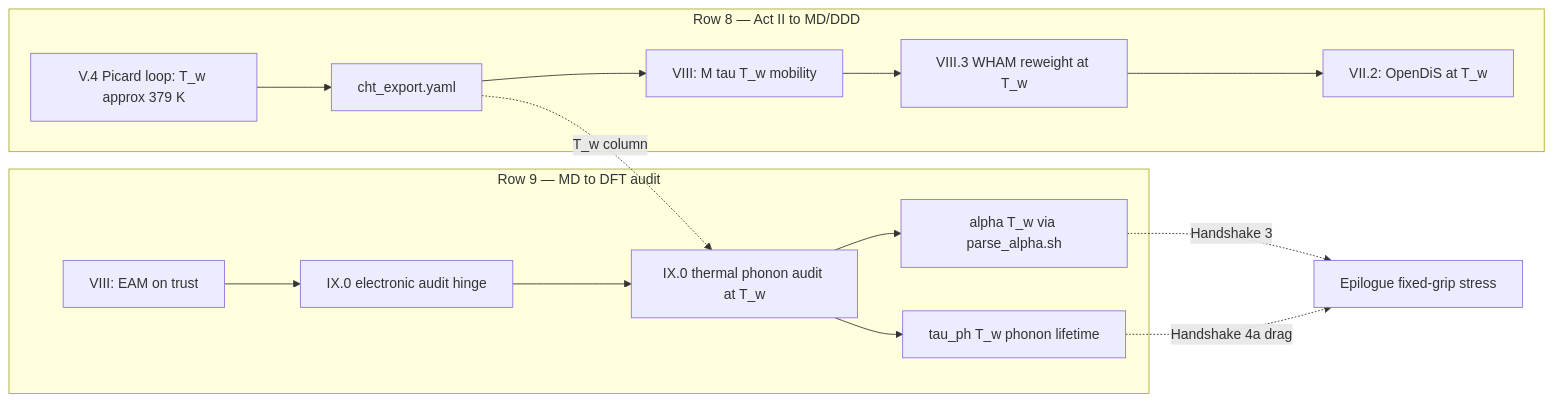
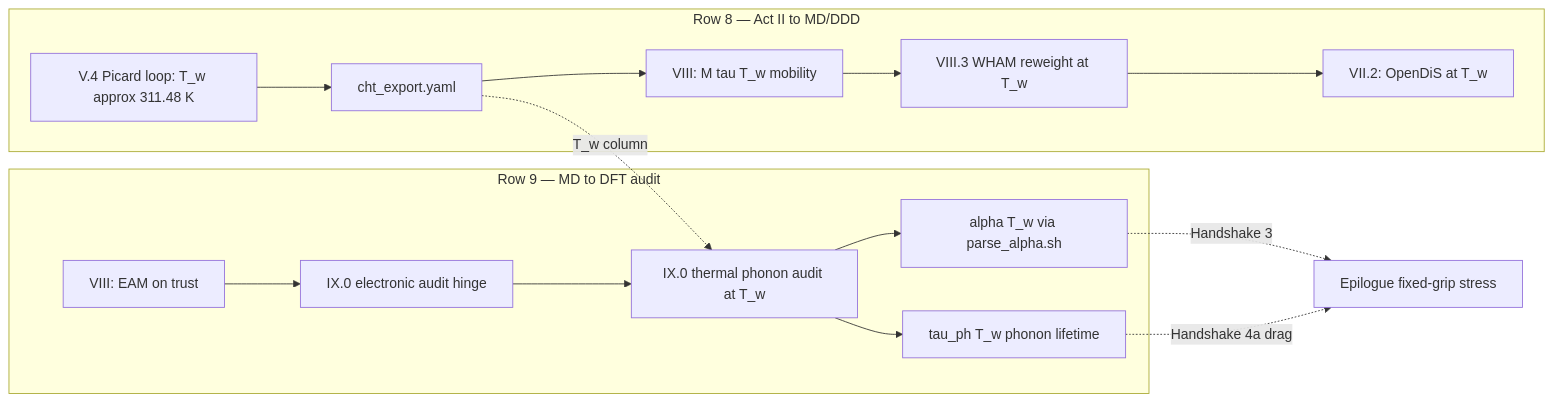
The second of 13 diagrams in src/appendix/memory-sheet.md (hanfengzhai/CompMechBook), drawn with Mermaid before and after one commit. The commit also changed other lines of this file and 17 other files, not shown here.

````diff
--- a/src/appendix/memory-sheet.md
+++ b/src/appendix/memory-sheet.md
@@ -182,24 +183,24 @@
 ```mermaid
 flowchart LR
   subgraph row8["Row 8 — Act II to MD/DDD"]
-    CHT[V.4 Picard loop: T_w approx 379 K]
+    CHT[V.4 Picard loop: T_w approx 311.48 K]
     YAML[cht_export.yaml]
     MDmob[VIII: M tau T_w mobility]
     WHAM[VIII.3 WHAM reweight at T_w]
     DDDmob[VII.2: OpenDiS at T_w]
   end
   subgraph row9["Row 9 — MD to DFT audit"]
     EAM[VIII: EAM on trust]
     IX0[IX.0 electronic audit hinge]
     PHON[IX.0 thermal phonon audit at T_w]
     ALPHA[alpha T_w via parse_alpha.sh]
     LIFETIME[tau_ph T_w phonon lifetime]
   end
   CHT --> YAML --> MDmob --> WHAM --> DDDmob
   EAM --> IX0 --> PHON
   PHON --> ALPHA
   PHON --> LIFETIME
   YAML -.->|T_w column| PHON
   ALPHA -.->|Handshake 3| EPIL[Epilogue fixed-grip stress]
   LIFETIME -.->|Handshake 4a drag| EPIL
 ```
````
